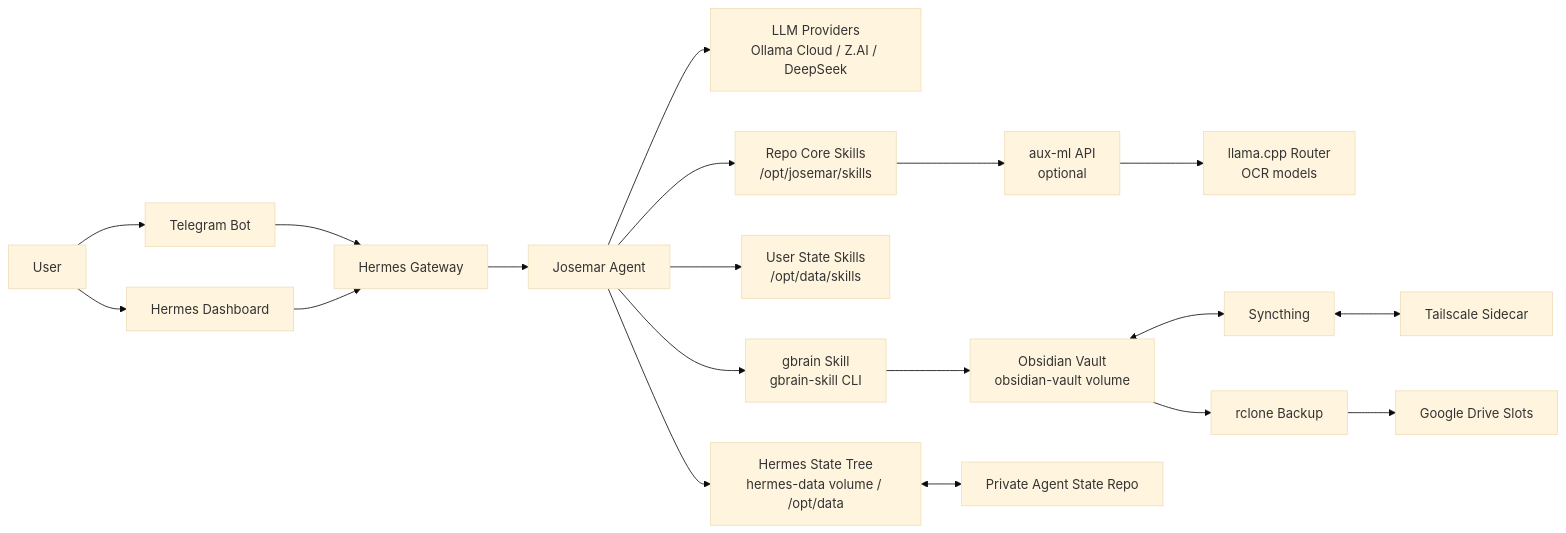
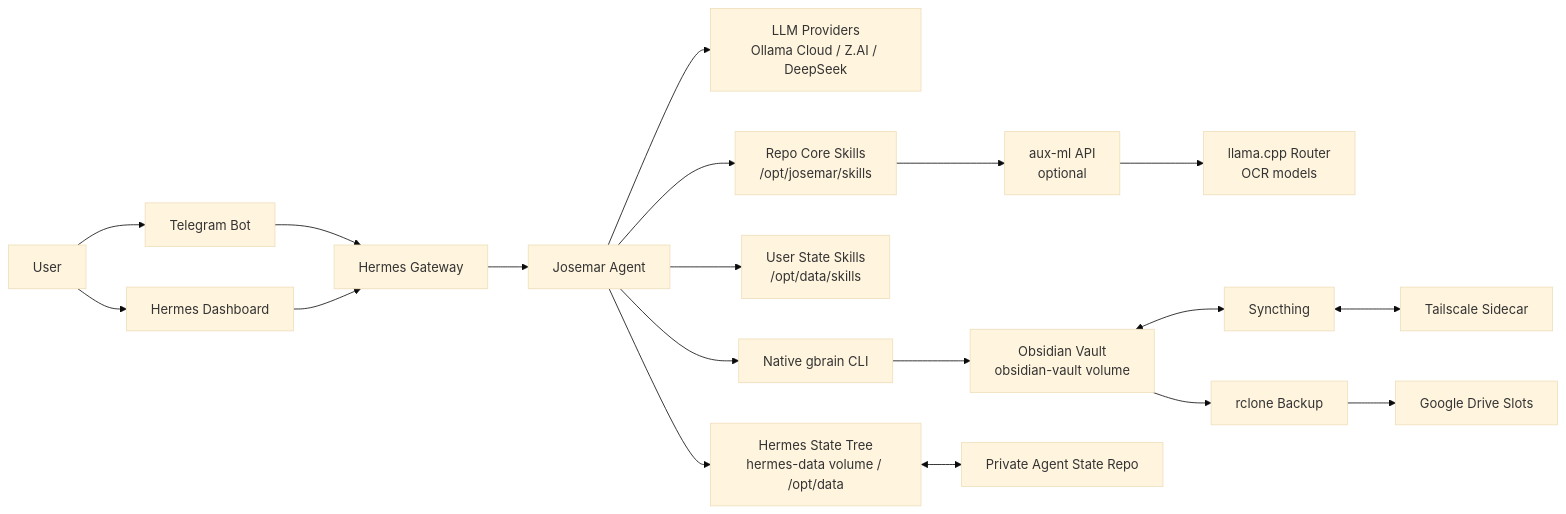
Before and after one commit to Pedrohgv/josemar-assistente: the first of 4 diagrams in README.md, drawn with Mermaid (base theme). The commit also changed other lines of this file and 14 other files, not shown here.

Commit message:
Use native gbrain CLI directly

````diff
--- a/README.md
+++ b/README.md
@@ -23,25 +23,25 @@
 ```mermaid
 flowchart LR
   User[User] --> Telegram[Telegram Bot]
   User --> Dashboard[Hermes Dashboard]
 
   Telegram --> Gateway[Hermes Gateway]
   Dashboard --> Gateway
 
   Gateway --> Agent[Josemar Agent]
   Agent --> Models[LLM Providers<br/>Ollama Cloud / Z.AI / DeepSeek]
   Agent --> CoreSkills[Repo Core Skills<br/>/opt/josemar/skills]
   Agent --> StateSkills[User State Skills<br/>/opt/data/skills]
-  Agent --> GBrain[gbrain Skill<br/>gbrain-skill CLI]
+  Agent --> GBrain[Native gbrain CLI]
   GBrain --> Vault[Obsidian Vault<br/>obsidian-vault volume]
 
   CoreSkills --> AuxML[aux-ml API<br/>optional]
   AuxML --> Llama[llama.cpp Router<br/>OCR models]
 
   Agent --> StateTree[Hermes State Tree<br/>hermes-data volume / /opt/data]
   StateTree <--> StateRepo[Private Agent State Repo]
   Vault <--> Syncthing[Syncthing]
   Syncthing <--> Tailscale[Tailscale Sidecar]
   Vault --> Backup[rclone Backup]
   Backup --> GDrive[Google Drive Slots]
 ```
````
